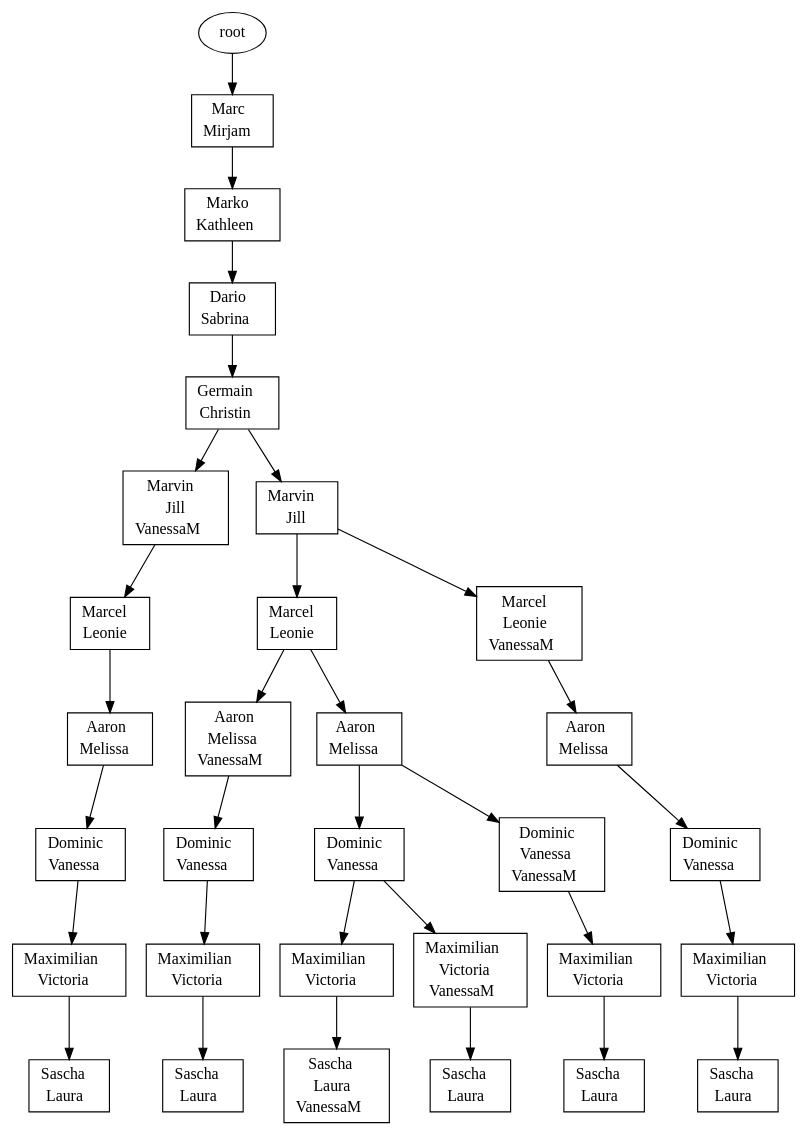
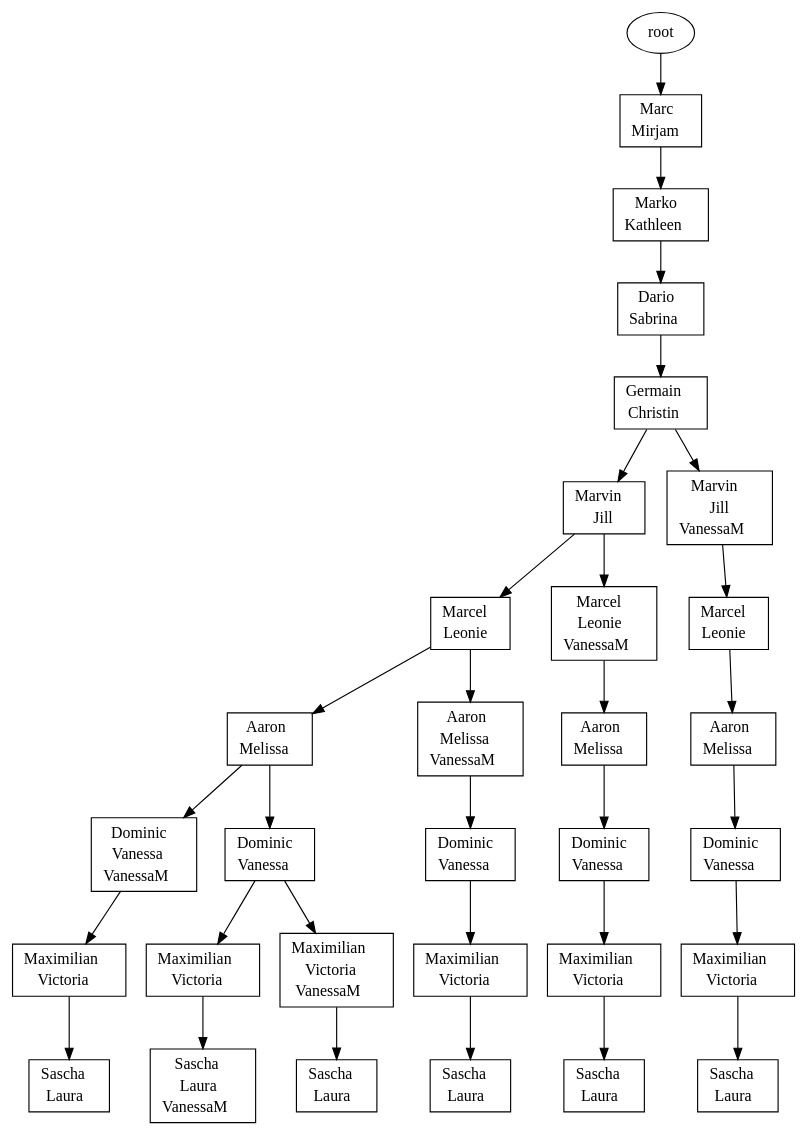
The diagram in s02/s02.dot (atticus-sullivan/sim-ayto), drawn with Graphviz before and after one commit. The commit also changed other lines of this file and 13 other files, not shown here.

```diff
--- a/s02/s02.dot
+++ b/s02/s02.dot
@@ -1,62 +1,62 @@
 digraph D {
+{"root|5|7|7|3|2|8|4|1|8|2,11|6|5|1|6|3|9|9|10"[shape="record" label=<<table border="0" cellborder="0" cellspacing="0"><tr><td>Maximilian</td></tr><tr><td>Victoria</td></tr></table>>]}
+"root|5|7|7|3|2|8|4|1|8|2,11|6|5|1|6|3|9" -> {"root|5|7|7|3|2|8|4|1|8|2,11|6|5|1|6|3|9|9|10"}
+{"root|5|7|7|3|2|8|4|1|8|2|6|5|1|6|3|9,11"[shape="record" label=<<table border="0" cellborder="0" cellspacing="0"><tr><td>Dominic</td></tr><tr><td>Vanessa</td></tr><tr><td>VanessaM</td></tr></table>>]}
+"root|5|7|7|3|2|8|4|1|8|2|6|5|1|6" -> {"root|5|7|7|3|2|8|4|1|8|2|6|5|1|6|3|9,11"}
+{"root|5|7|7|3|2|8|4|1|8|2|6|5|1|6,11"[shape="record" label=<<table border="0" cellborder="0" cellspacing="0"><tr><td>Aaron</td></tr><tr><td>Melissa</td></tr><tr><td>VanessaM</td></tr></table>>]}
+"root|5|7|7|3|2|8|4|1|8|2|6|5" -> {"root|5|7|7|3|2|8|4|1|8|2|6|5|1|6,11"}
+{"root|5|7|7|3|2|8|4|1|8|2|6|5,11|1|6|3|9|9|10|10|4"[shape="record" label=<<table border="0" cellborder="0" cellspacing="0"><tr><td>Sascha</td></tr><tr><td>Laura</td></tr></table>>]}
+"root|5|7|7|3|2|8|4|1|8|2|6|5,11|1|6|3|9|9|10" -> {"root|5|7|7|3|2|8|4|1|8|2|6|5,11|1|6|3|9|9|10|10|4"}
+{"root|5|7|7|3|2|8|4|1|8|2,11|6|5|1|6"[shape="record" label=<<table border="0" cellborder="0" cellspacing="0"><tr><td>Aaron</td></tr><tr><td>Melissa</td></tr></table>>]}
+"root|5|7|7|3|2|8|4|1|8|2,11|6|5" -> {"root|5|7|7|3|2|8|4|1|8|2,11|6|5|1|6"}
+{"root|5|7|7|3|2|8|4|1|8|2|6|5|1|6,11|3|9"[shape="record" label=<<table border="0" cellborder="0" cellspacing="0"><tr><td>Dominic</td></tr><tr><td>Vanessa</td></tr></table>>]}
+"root|5|7|7|3|2|8|4|1|8|2|6|5|1|6,11" -> {"root|5|7|7|3|2|8|4|1|8|2|6|5|1|6,11|3|9"}
+{"root|5|7|7|3|2|8|4|1|8|2|6|5,11|1|6|3|9"[shape="record" label=<<table border="0" cellborder="0" cellspacing="0"><tr><td>Dominic</td></tr><tr><td>Vanessa</td></tr></table>>]}
+"root|5|7|7|3|2|8|4|1|8|2|6|5,11|1|6" -> {"root|5|7|7|3|2|8|4|1|8|2|6|5,11|1|6|3|9"}
+{"root|5|7|7|3|2|8|4|1|8|2|6|5|1|6|3|9|9|10"[shape="record" label=<<table border="0" cellborder="0" cellspacing="0"><tr><td>Maximilian</td></tr><tr><td>Victoria</td></tr></table>>]}
+"root|5|7|7|3|2|8|4|1|8|2|6|5|1|6|3|9" -> {"root|5|7|7|3|2|8|4|1|8|2|6|5|1|6|3|9|9|10"}
+{"root|5|7|7|3|2|8|4|1|8|2|6|5|1|6|3|9|9|10|10|4,11"[shape="record" label=<<table border="0" cellborder="0" cellspacing="0"><tr><td>Sascha</td></tr><tr><td>Laura</td></tr><tr><td>VanessaM</td></tr></table>>]}
+"root|5|7|7|3|2|8|4|1|8|2|6|5|1|6|3|9|9|10" -> {"root|5|7|7|3|2|8|4|1|8|2|6|5|1|6|3|9|9|10|10|4,11"}
+{"root|5|7|7|3|2|8|4|1|8|2|6|5|1|6,11|3|9|9|10"[shape="record" label=<<table border="0" cellborder="0" cellspacing="0"><tr><td>Maximilian</td></tr><tr><td>Victoria</td></tr></table>>]}
+"root|5|7|7|3|2|8|4|1|8|2|6|5|1|6,11|3|9" -> {"root|5|7|7|3|2|8|4|1|8|2|6|5|1|6,11|3|9|9|10"}
+{"root|5|7|7|3|2|8|4|1|8|2|6|5|1|6|3|9|9|10,11"[shape="record" label=<<table border="0" cellborder="0" cellspacing="0"><tr><td>Maximilian</td></tr><tr><td>Victoria</td></tr><tr><td>VanessaM</td></tr></table>>]}
+"root|5|7|7|3|2|8|4|1|8|2|6|5|1|6|3|9" -> {"root|5|7|7|3|2|8|4|1|8|2|6|5|1|6|3|9|9|10,11"}
+{"root|5|7|7|3|2|8|4|1|8|2|6|5,11"[shape="record" label=<<table border="0" cellborder="0" cellspacing="0"><tr><td>Marcel</td></tr><tr><td>Leonie</td></tr><tr><td>VanessaM</td></tr></table>>]}
+"root|5|7|7|3|2|8|4|1|8|2" -> {"root|5|7|7|3|2|8|4|1|8|2|6|5,11"}
+{"root|5|7|7|3|2|8|4|1|8|2"[shape="record" label=<<table border="0" cellborder="0" cellspacing="0"><tr><td>Marvin</td></tr><tr><td>Jill</td></tr></table>>]}
+"root|5|7|7|3|2|8|4|1" -> {"root|5|7|7|3|2|8|4|1|8|2"}
+{"root|5|7|7|3|2|8|4|1|8|2|6|5|1|6|3|9"[shape="record" label=<<table border="0" cellborder="0" cellspacing="0"><tr><td>Dominic</td></tr><tr><td>Vanessa</td></tr></table>>]}
+"root|5|7|7|3|2|8|4|1|8|2|6|5|1|6" -> {"root|5|7|7|3|2|8|4|1|8|2|6|5|1|6|3|9"}
+{"root|5|7|7|3|2|8|4|1|8|2|6|5|1|6|3|9,11|9|10|10|4"[shape="record" label=<<table border="0" cellborder="0" cellspacing="0"><tr><td>Sascha</td></tr><tr><td>Laura</td></tr></table>>]}
+"root|5|7|7|3|2|8|4|1|8|2|6|5|1|6|3|9,11|9|10" -> {"root|5|7|7|3|2|8|4|1|8|2|6|5|1|6|3|9,11|9|10|10|4"}
+{"root|5|7|7|3|2|8|4|1|8|2,11|6|5|1|6|3|9"[shape="record" label=<<table border="0" cellborder="0" cellspacing="0"><tr><td>Dominic</td></tr><tr><td>Vanessa</td></tr></table>>]}
+"root|5|7|7|3|2|8|4|1|8|2,11|6|5|1|6" -> {"root|5|7|7|3|2|8|4|1|8|2,11|6|5|1|6|3|9"}
+{"root|5|7|7|3|2|8|4|1|8|2,11|6|5"[shape="record" label=<<table border="0" cellborder="0" cellspacing="0"><tr><td>Marcel</td></tr><tr><td>Leonie</td></tr></table>>]}
+"root|5|7|7|3|2|8|4|1|8|2,11" -> {"root|5|7|7|3|2|8|4|1|8|2,11|6|5"}
+{"root|5|7|7|3|2|8|4|1|8|2|6|5|1|6"[shape="record" label=<<table border="0" cellborder="0" cellspacing="0"><tr><td>Aaron</td></tr><tr><td>Melissa</td></tr></table>>]}
+"root|5|7|7|3|2|8|4|1|8|2|6|5" -> {"root|5|7|7|3|2|8|4|1|8|2|6|5|1|6"}
+{"root|5|7|7|3|2|8|4|1|8|2,11"[shape="record" label=<<table border="0" cellborder="0" cellspacing="0"><tr><td>Marvin</td></tr><tr><td>Jill</td></tr><tr><td>VanessaM</td></tr></table>>]}
+"root|5|7|7|3|2|8|4|1" -> {"root|5|7|7|3|2|8|4|1|8|2,11"}
+{"root|5|7"[shape="record" label=<<table border="0" cellborder="0" cellspacing="0"><tr><td>Marc</td></tr><tr><td>Mirjam</td></tr></table>>]}
+"root" -> {"root|5|7"}
 {"root|5|7|7|3|2|8"[shape="record" label=<<table border="0" cellborder="0" cellspacing="0"><tr><td>Dario</td></tr><tr><td>Sabrina</td></tr></table>>]}
 "root|5|7|7|3" -> {"root|5|7|7|3|2|8"}
-{"root|5|7|7|3|2|8|4|1|8|2|6|5|1|6,11"[shape="record" label=<<table border="0" cellborder="0" cellspacing="0"><tr><td>Aaron</td></tr><tr><td>Melissa</td></tr><tr><td>VanessaM</td></tr></table>>]}
-"root|5|7|7|3|2|8|4|1|8|2|6|5" -> {"root|5|7|7|3|2|8|4|1|8|2|6|5|1|6,11"}
-{"root|5|7|7|3|2|8|4|1|8|2,11"[shape="record" label=<<table border="0" cellborder="0" cellspacing="0"><tr><td>Marvin</td></tr><tr><td>Jill</td></tr><tr><td>VanessaM</td></tr></table>>]}
-"root|5|7|7|3|2|8|4|1" -> {"root|5|7|7|3|2|8|4|1|8|2,11"}
+{"root|5|7|7|3|2|8|4|1|8|2|6|5,11|1|6|3|9|9|10"[shape="record" label=<<table border="0" cellborder="0" cellspacing="0"><tr><td>Maximilian</td></tr><tr><td>Victoria</td></tr></table>>]}
+"root|5|7|7|3|2|8|4|1|8|2|6|5,11|1|6|3|9" -> {"root|5|7|7|3|2|8|4|1|8|2|6|5,11|1|6|3|9|9|10"}
+{"root|5|7|7|3|2|8|4|1|8|2|6|5|1|6|3|9|9|10,11|10|4"[shape="record" label=<<table border="0" cellborder="0" cellspacing="0"><tr><td>Sascha</td></tr><tr><td>Laura</td></tr></table>>]}
+"root|5|7|7|3|2|8|4|1|8|2|6|5|1|6|3|9|9|10,11" -> {"root|5|7|7|3|2|8|4|1|8|2|6|5|1|6|3|9|9|10,11|10|4"}
+{"root|5|7|7|3|2|8|4|1|8|2|6|5|1|6,11|3|9|9|10|10|4"[shape="record" label=<<table border="0" cellborder="0" cellspacing="0"><tr><td>Sascha</td></tr><tr><td>Laura</td></tr></table>>]}
+"root|5|7|7|3|2|8|4|1|8|2|6|5|1|6,11|3|9|9|10" -> {"root|5|7|7|3|2|8|4|1|8|2|6|5|1|6,11|3|9|9|10|10|4"}
+{"root|5|7|7|3|2|8|4|1"[shape="record" label=<<table border="0" cellborder="0" cellspacing="0"><tr><td>Germain</td></tr><tr><td>Christin</td></tr></table>>]}
+"root|5|7|7|3|2|8" -> {"root|5|7|7|3|2|8|4|1"}
 {"root|5|7|7|3"[shape="record" label=<<table border="0" cellborder="0" cellspacing="0"><tr><td>Marko</td></tr><tr><td>Kathleen</td></tr></table>>]}
 "root|5|7" -> {"root|5|7|7|3"}
-{"root|5|7|7|3|2|8|4|1|8|2|6|5,11|1|6|3|9"[shape="record" label=<<table border="0" cellborder="0" cellspacing="0"><tr><td>Dominic</td></tr><tr><td>Vanessa</td></tr></table>>]}
-"root|5|7|7|3|2|8|4|1|8|2|6|5,11|1|6" -> {"root|5|7|7|3|2|8|4|1|8|2|6|5,11|1|6|3|9"}
-{"root|5|7|7|3|2|8|4|1|8|2,11|6|5|1|6|3|9"[shape="record" label=<<table border="0" cellborder="0" cellspacing="0"><tr><td>Dominic</td></tr><tr><td>Vanessa</td></tr></table>>]}
-"root|5|7|7|3|2|8|4|1|8|2,11|6|5|1|6" -> {"root|5|7|7|3|2|8|4|1|8|2,11|6|5|1|6|3|9"}
-{"root|5|7|7|3|2|8|4|1|8|2|6|5|1|6|3|9|9|10|10|4,11"[shape="record" label=<<table border="0" cellborder="0" cellspacing="0"><tr><td>Sascha</td></tr><tr><td>Laura</td></tr><tr><td>VanessaM</td></tr></table>>]}
-"root|5|7|7|3|2|8|4|1|8|2|6|5|1|6|3|9|9|10" -> {"root|5|7|7|3|2|8|4|1|8|2|6|5|1|6|3|9|9|10|10|4,11"}
-{"root|5|7"[shape="record" label=<<table border="0" cellborder="0" cellspacing="0"><tr><td>Marc</td></tr><tr><td>Mirjam</td></tr></table>>]}
-"root" -> {"root|5|7"}
+{"root|5|7|7|3|2|8|4|1|8|2|6|5,11|1|6"[shape="record" label=<<table border="0" cellborder="0" cellspacing="0"><tr><td>Aaron</td></tr><tr><td>Melissa</td></tr></table>>]}
+"root|5|7|7|3|2|8|4|1|8|2|6|5,11" -> {"root|5|7|7|3|2|8|4|1|8|2|6|5,11|1|6"}
+{"root|5|7|7|3|2|8|4|1|8|2|6|5|1|6|3|9,11|9|10"[shape="record" label=<<table border="0" cellborder="0" cellspacing="0"><tr><td>Maximilian</td></tr><tr><td>Victoria</td></tr></table>>]}
+"root|5|7|7|3|2|8|4|1|8|2|6|5|1|6|3|9,11" -> {"root|5|7|7|3|2|8|4|1|8|2|6|5|1|6|3|9,11|9|10"}
 {"root|5|7|7|3|2|8|4|1|8|2,11|6|5|1|6|3|9|9|10|10|4"[shape="record" label=<<table border="0" cellborder="0" cellspacing="0"><tr><td>Sascha</td></tr><tr><td>Laura</td></tr></table>>]}
 "root|5|7|7|3|2|8|4|1|8|2,11|6|5|1|6|3|9|9|10" -> {"root|5|7|7|3|2|8|4|1|8|2,11|6|5|1|6|3|9|9|10|10|4"}
-{"root|5|7|7|3|2|8|4|1|8|2,11|6|5"[shape="record" label=<<table border="0" cellborder="0" cellspacing="0"><tr><td>Marcel</td></tr><tr><td>Leonie</td></tr></table>>]}
-"root|5|7|7|3|2|8|4|1|8|2,11" -> {"root|5|7|7|3|2|8|4|1|8|2,11|6|5"}
-{"root|5|7|7|3|2|8|4|1|8|2|6|5|1|6|3|9|9|10,11|10|4"[shape="record" label=<<table border="0" cellborder="0" cellspacing="0"><tr><td>Sascha</td></tr><tr><td>Laura</td></tr></table>>]}
-"root|5|7|7|3|2|8|4|1|8|2|6|5|1|6|3|9|9|10,11" -> {"root|5|7|7|3|2|8|4|1|8|2|6|5|1|6|3|9|9|10,11|10|4"}
-{"root|5|7|7|3|2|8|4|1|8|2"[shape="record" label=<<table border="0" cellborder="0" cellspacing="0"><tr><td>Marvin</td></tr><tr><td>Jill</td></tr></table>>]}
-"root|5|7|7|3|2|8|4|1" -> {"root|5|7|7|3|2|8|4|1|8|2"}
-{"root|5|7|7|3|2|8|4|1|8|2|6|5,11"[shape="record" label=<<table border="0" cellborder="0" cellspacing="0"><tr><td>Marcel</td></tr><tr><td>Leonie</td></tr><tr><td>VanessaM</td></tr></table>>]}
-"root|5|7|7|3|2|8|4|1|8|2" -> {"root|5|7|7|3|2|8|4|1|8|2|6|5,11"}
-{"root|5|7|7|3|2|8|4|1"[shape="record" label=<<table border="0" cellborder="0" cellspacing="0"><tr><td>Germain</td></tr><tr><td>Christin</td></tr></table>>]}
-"root|5|7|7|3|2|8" -> {"root|5|7|7|3|2|8|4|1"}
-{"root|5|7|7|3|2|8|4|1|8|2|6|5|1|6|3|9|9|10,11"[shape="record" label=<<table border="0" cellborder="0" cellspacing="0"><tr><td>Maximilian</td></tr><tr><td>Victoria</td></tr><tr><td>VanessaM</td></tr></table>>]}
-"root|5|7|7|3|2|8|4|1|8|2|6|5|1|6|3|9" -> {"root|5|7|7|3|2|8|4|1|8|2|6|5|1|6|3|9|9|10,11"}
-{"root|5|7|7|3|2|8|4|1|8|2|6|5|1|6,11|3|9|9|10"[shape="record" label=<<table border="0" cellborder="0" cellspacing="0"><tr><td>Maximilian</td></tr><tr><td>Victoria</td></tr></table>>]}
-"root|5|7|7|3|2|8|4|1|8|2|6|5|1|6,11|3|9" -> {"root|5|7|7|3|2|8|4|1|8|2|6|5|1|6,11|3|9|9|10"}
-{"root|5|7|7|3|2|8|4|1|8|2|6|5|1|6|3|9,11|9|10"[shape="record" label=<<table border="0" cellborder="0" cellspacing="0"><tr><td>Maximilian</td></tr><tr><td>Victoria</td></tr></table>>]}
-"root|5|7|7|3|2|8|4|1|8|2|6|5|1|6|3|9,11" -> {"root|5|7|7|3|2|8|4|1|8|2|6|5|1|6|3|9,11|9|10"}
-{"root|5|7|7|3|2|8|4|1|8|2|6|5|1|6|3|9"[shape="record" label=<<table border="0" cellborder="0" cellspacing="0"><tr><td>Dominic</td></tr><tr><td>Vanessa</td></tr></table>>]}
-"root|5|7|7|3|2|8|4|1|8|2|6|5|1|6" -> {"root|5|7|7|3|2|8|4|1|8|2|6|5|1|6|3|9"}
-{"root|5|7|7|3|2|8|4|1|8|2|6|5|1|6,11|3|9"[shape="record" label=<<table border="0" cellborder="0" cellspacing="0"><tr><td>Dominic</td></tr><tr><td>Vanessa</td></tr></table>>]}
-"root|5|7|7|3|2|8|4|1|8|2|6|5|1|6,11" -> {"root|5|7|7|3|2|8|4|1|8|2|6|5|1|6,11|3|9"}
-{"root|5|7|7|3|2|8|4|1|8|2|6|5|1|6|3|9|9|10"[shape="record" label=<<table border="0" cellborder="0" cellspacing="0"><tr><td>Maximilian</td></tr><tr><td>Victoria</td></tr></table>>]}
-"root|5|7|7|3|2|8|4|1|8|2|6|5|1|6|3|9" -> {"root|5|7|7|3|2|8|4|1|8|2|6|5|1|6|3|9|9|10"}
-{"root|5|7|7|3|2|8|4|1|8|2,11|6|5|1|6|3|9|9|10"[shape="record" label=<<table border="0" cellborder="0" cellspacing="0"><tr><td>Maximilian</td></tr><tr><td>Victoria</td></tr></table>>]}
-"root|5|7|7|3|2|8|4|1|8|2,11|6|5|1|6|3|9" -> {"root|5|7|7|3|2|8|4|1|8|2,11|6|5|1|6|3|9|9|10"}
-{"root|5|7|7|3|2|8|4|1|8|2,11|6|5|1|6"[shape="record" label=<<table border="0" cellborder="0" cellspacing="0"><tr><td>Aaron</td></tr><tr><td>Melissa</td></tr></table>>]}
-"root|5|7|7|3|2|8|4|1|8|2,11|6|5" -> {"root|5|7|7|3|2|8|4|1|8|2,11|6|5|1|6"}
-{"root|5|7|7|3|2|8|4|1|8|2|6|5|1|6"[shape="record" label=<<table border="0" cellborder="0" cellspacing="0"><tr><td>Aaron</td></tr><tr><td>Melissa</td></tr></table>>]}
-"root|5|7|7|3|2|8|4|1|8|2|6|5" -> {"root|5|7|7|3|2|8|4|1|8|2|6|5|1|6"}
-{"root|5|7|7|3|2|8|4|1|8|2|6|5|1|6|3|9,11"[shape="record" label=<<table border="0" cellborder="0" cellspacing="0"><tr><td>Dominic</td></tr><tr><td>Vanessa</td></tr><tr><td>VanessaM</td></tr></table>>]}
-"root|5|7|7|3|2|8|4|1|8|2|6|5|1|6" -> {"root|5|7|7|3|2|8|4|1|8|2|6|5|1|6|3|9,11"}
-{"root|5|7|7|3|2|8|4|1|8|2|6|5,11|1|6|3|9|9|10"[shape="record" label=<<table border="0" cellborder="0" cellspacing="0"><tr><td>Maximilian</td></tr><tr><td>Victoria</td></tr></table>>]}
-"root|5|7|7|3|2|8|4|1|8|2|6|5,11|1|6|3|9" -> {"root|5|7|7|3|2|8|4|1|8|2|6|5,11|1|6|3|9|9|10"}
-{"root|5|7|7|3|2|8|4|1|8|2|6|5,11|1|6"[shape="record" label=<<table border="0" cellborder="0" cellspacing="0"><tr><td>Aaron</td></tr><tr><td>Melissa</td></tr></table>>]}
-"root|5|7|7|3|2|8|4|1|8|2|6|5,11" -> {"root|5|7|7|3|2|8|4|1|8|2|6|5,11|1|6"}
-{"root|5|7|7|3|2|8|4|1|8|2|6|5|1|6,11|3|9|9|10|10|4"[shape="record" label=<<table border="0" cellborder="0" cellspacing="0"><tr><td>Sascha</td></tr><tr><td>Laura</td></tr></table>>]}
-"root|5|7|7|3|2|8|4|1|8|2|6|5|1|6,11|3|9|9|10" -> {"root|5|7|7|3|2|8|4|1|8|2|6|5|1|6,11|3|9|9|10|10|4"}
-{"root|5|7|7|3|2|8|4|1|8|2|6|5,11|1|6|3|9|9|10|10|4"[shape="record" label=<<table border="0" cellborder="0" cellspacing="0"><tr><td>Sascha</td></tr><tr><td>Laura</td></tr></table>>]}
-"root|5|7|7|3|2|8|4|1|8|2|6|5,11|1|6|3|9|9|10" -> {"root|5|7|7|3|2|8|4|1|8|2|6|5,11|1|6|3|9|9|10|10|4"}
 {"root|5|7|7|3|2|8|4|1|8|2|6|5"[shape="record" label=<<table border="0" cellborder="0" cellspacing="0"><tr><td>Marcel</td></tr><tr><td>Leonie</td></tr></table>>]}
 "root|5|7|7|3|2|8|4|1|8|2" -> {"root|5|7|7|3|2|8|4|1|8|2|6|5"}
-{"root|5|7|7|3|2|8|4|1|8|2|6|5|1|6|3|9,11|9|10|10|4"[shape="record" label=<<table border="0" cellborder="0" cellspacing="0"><tr><td>Sascha</td></tr><tr><td>Laura</td></tr></table>>]}
-"root|5|7|7|3|2|8|4|1|8|2|6|5|1|6|3|9,11|9|10" -> {"root|5|7|7|3|2|8|4|1|8|2|6|5|1|6|3|9,11|9|10|10|4"}
 }
```
